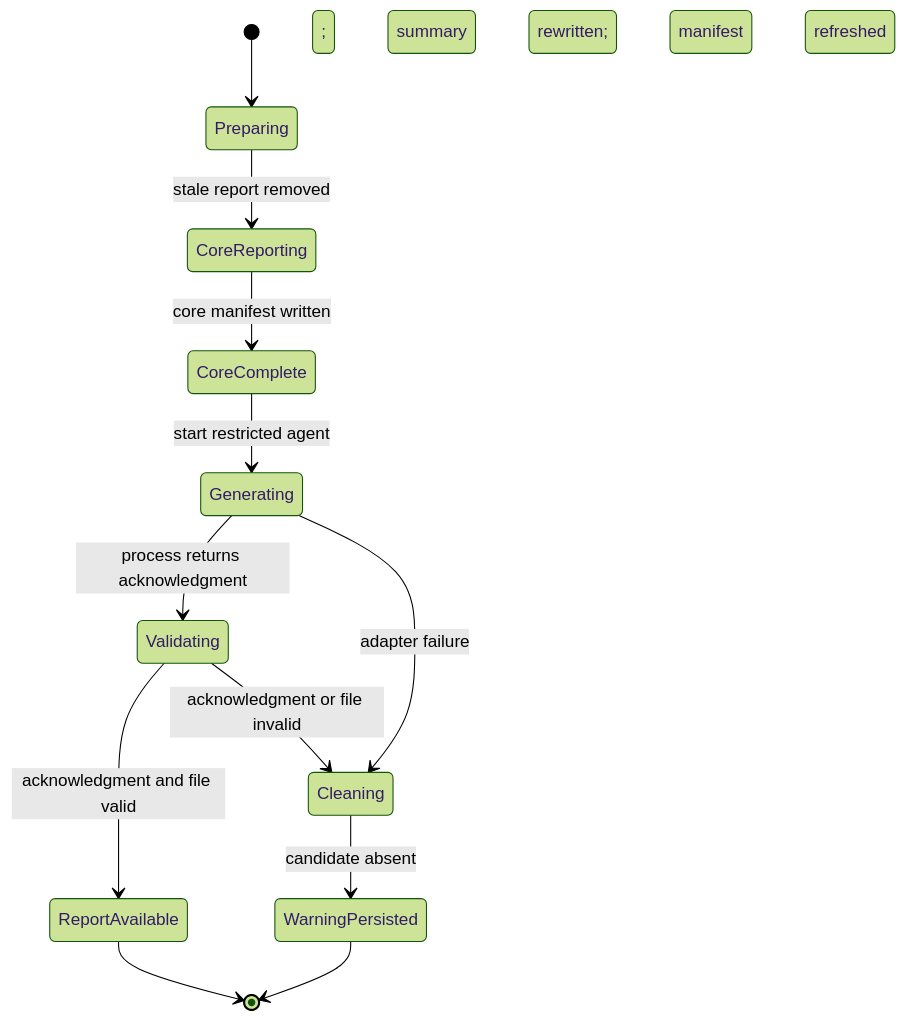
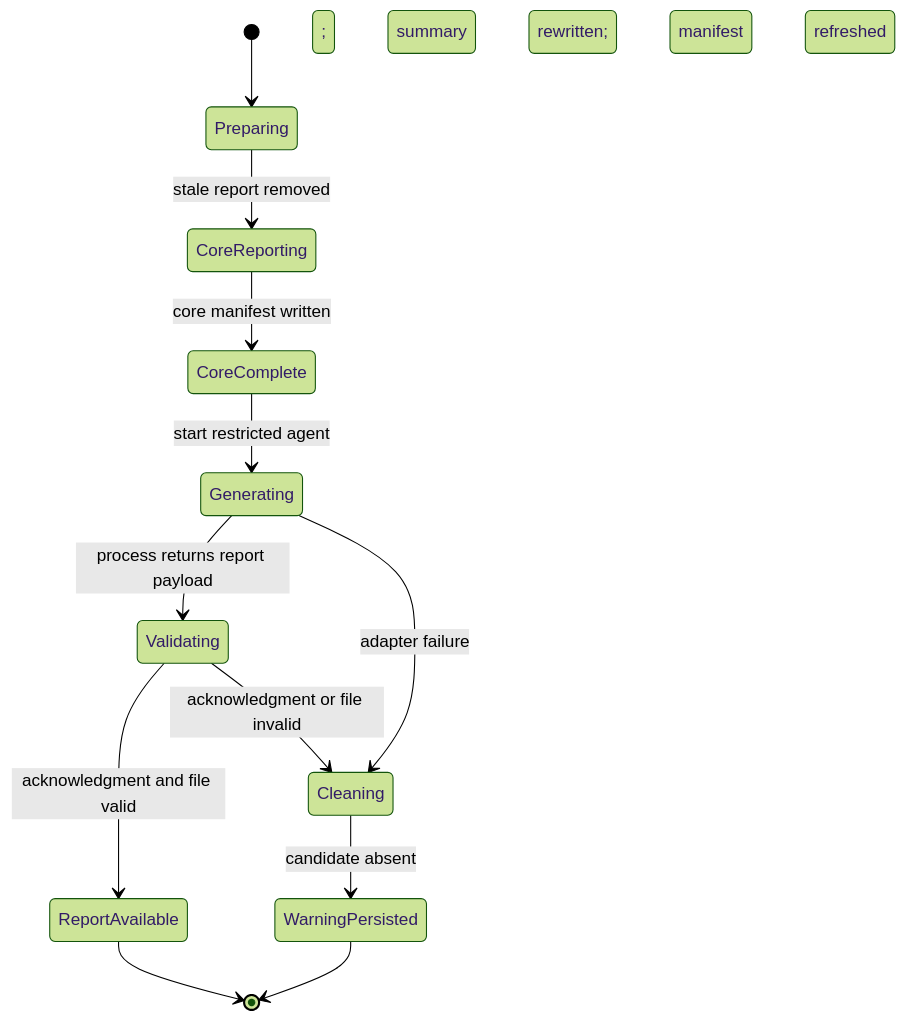
One commit to ohpauleez/spec-check changed the diagram in openspec/changes/add-final-evidence-report/design.md. Above: the diagram before and after it, drawn with Mermaid (forest theme). The commit also changed other lines of this file and 15 other files, not shown here.

Commit message:
Avoid using a custom agent when generating the final report; Use the standard report components that already exist

````diff
--- a/openspec/changes/add-final-evidence-report/design.md
+++ b/openspec/changes/add-final-evidence-report/design.md
@@ -47,14 +47,14 @@
 ```mermaid
 stateDiagram-v2
     [*] --> Preparing
     Preparing --> CoreReporting: stale report removed
     CoreReporting --> CoreComplete: core manifest written
     CoreComplete --> Generating: start restricted agent
-    Generating --> Validating: process returns acknowledgment
+    Generating --> Validating: process returns report payload
     Generating --> Cleaning: adapter failure
     Validating --> ReportAvailable: acknowledgment and file valid
     Validating --> Cleaning: acknowledgment or file invalid
     Cleaning --> WarningPersisted: candidate absent; summary rewritten; manifest refreshed
     ReportAvailable --> [*]
     WarningPersisted --> [*]
 ```
````
